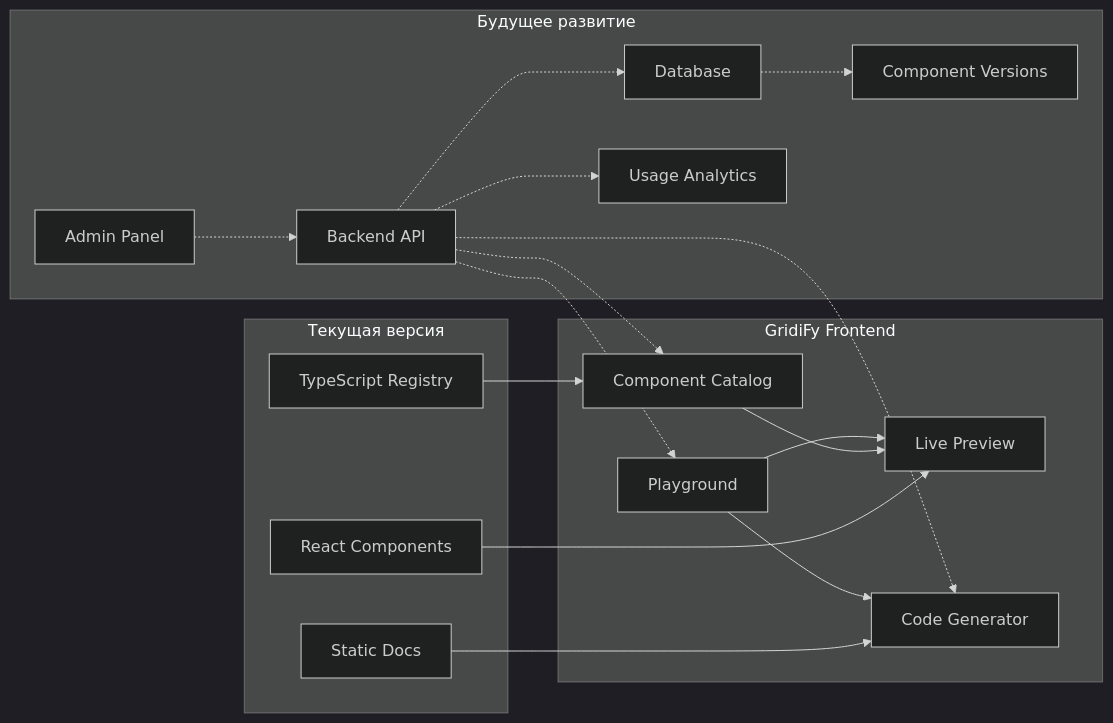
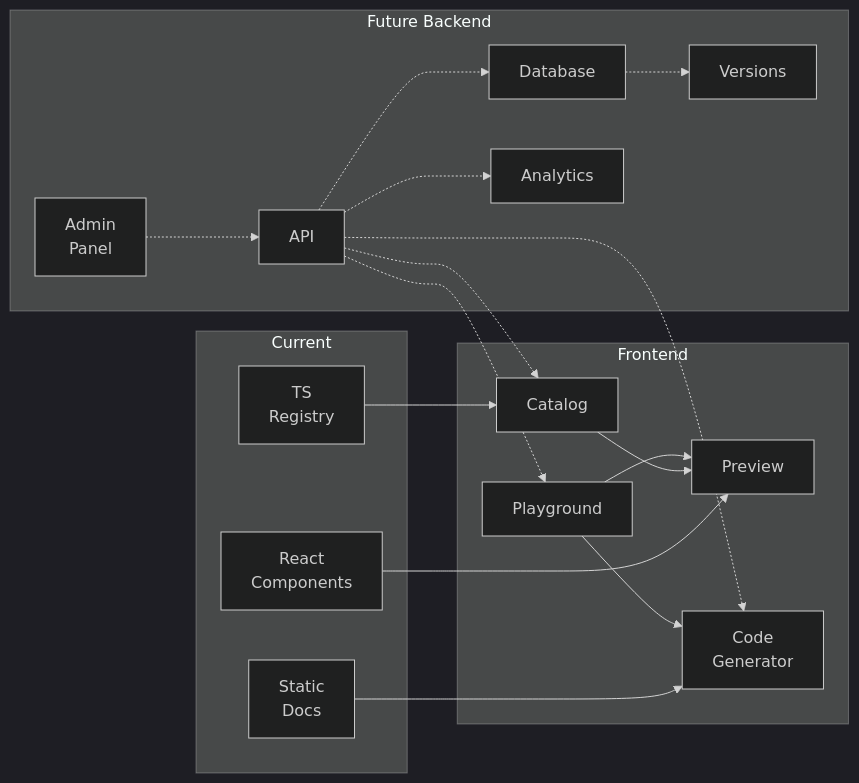
Before and after one commit to 4Raus/GridiFy: the eighth of 8 diagrams in README.md, drawn with Mermaid (dark theme). The commit also changed other lines of this file, not shown here.

````diff
--- a/README.md
+++ b/README.md
@@ -775,40 +790,40 @@
 ```mermaid
 flowchart LR
-    subgraph Current["Текущая версия"]
-        StaticRegistry["TypeScript Registry"]
-        ReactComponents["React Components"]
-        StaticDocs["Static Docs"]
+    subgraph C["Current"]
+        C1["TS<br/>Registry"]
+        C2["React<br/>Components"]
+        C3["Static<br/>Docs"]
     end
 
-    subgraph Future["Будущее развитие"]
-        AdminPanel["Admin Panel"]
-        API["Backend API"]
-        DB["Database"]
-        Versions["Component Versions"]
-        Analytics["Usage Analytics"]
+    subgraph FE["Frontend"]
+        F1["Catalog"]
+        F2["Preview"]
+        F3["Playground"]
+        F4["Code<br/>Generator"]
     end
 
-    subgraph Frontend["GridiFy Frontend"]
-        Catalog["Component Catalog"]
-        Preview["Live Preview"]
-        Playground["Playground"]
-        Code["Code Generator"]
+    subgraph BE["Future Backend"]
+        B1["Admin<br/>Panel"]
+        B2["API"]
+        B3["Database"]
+        B4["Versions"]
+        B5["Analytics"]
     end
 
-    StaticRegistry --> Catalog
-    ReactComponents --> Preview
-    StaticDocs --> Code
+    C1 --> F1
+    C2 --> F2
+    C3 --> F4
 
-    AdminPanel -.-> API
-    API -.-> DB
-    DB -.-> Versions
-    API -.-> Analytics
+    F1 --> F2
+    F3 --> F2
+    F3 --> F4
 
-    API -.-> Catalog
-    API -.-> Playground
-    API -.-> Code
+    B1 -.-> B2
+    B2 -.-> B3
+    B3 -.-> B4
+    B2 -.-> B5
 
-    Catalog --> Preview
-    Playground --> Preview
-    Playground --> Code
+    B2 -.-> F1
+    B2 -.-> F3
+    B2 -.-> F4
 ```
````
